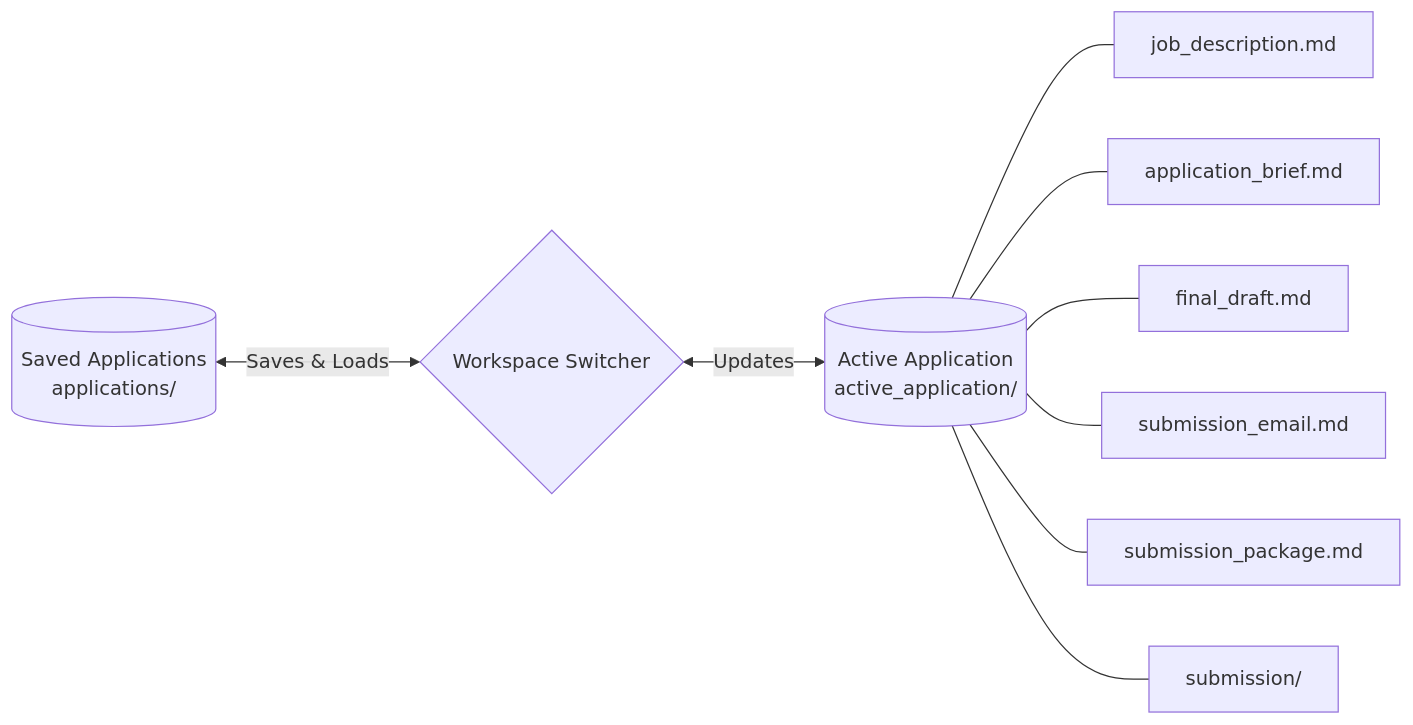
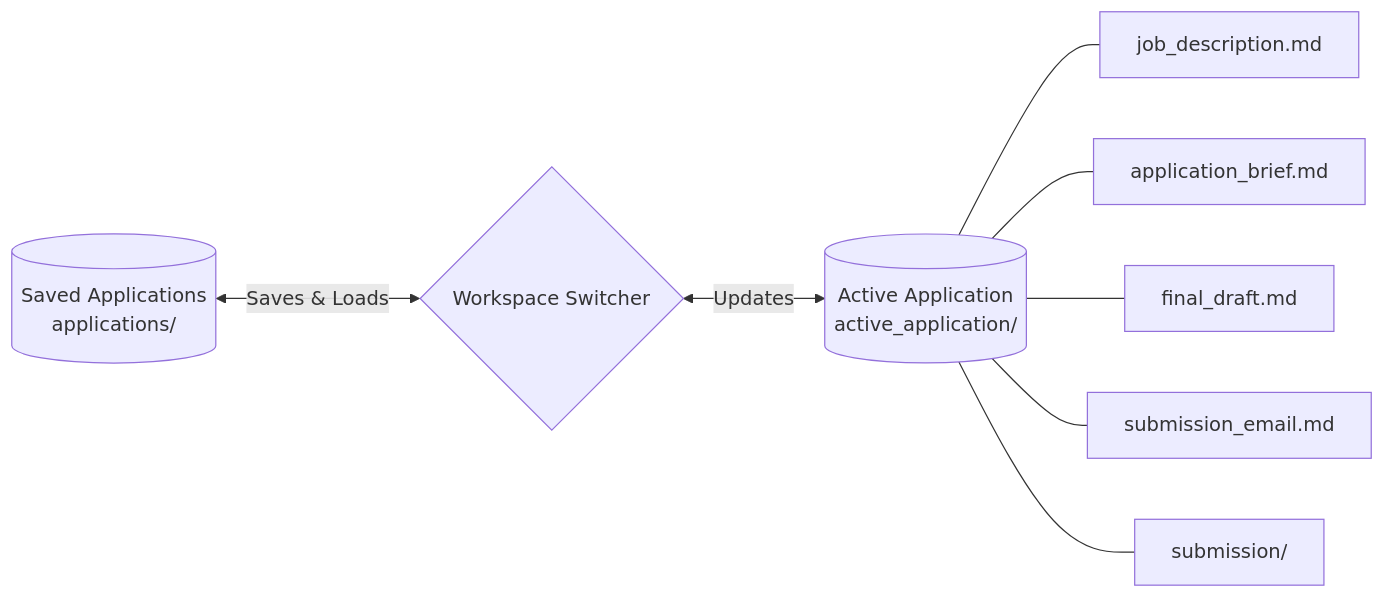
Before and after one commit to Fandy-ust/cover-letter-assistant: the second of 2 diagrams in README.md, drawn with Mermaid. The commit also changed other lines of this file and 5 other files, not shown here.

````diff
--- a/README.md
+++ b/README.md
@@ -115,12 +114,11 @@
 ```mermaid
 flowchart LR
     Saved[("Saved Applications<br>applications/")] <-->|"Saves & Loads"| Switcher{Workspace Switcher}
     Switcher <-->|"Updates"| Active[("Active Application<br>active_application/")]
     
     Active --- JD[job_description.md]
     Active --- Brief[application_brief.md]
     Active --- Draft[final_draft.md]
     Active --- EmailDraft[submission_email.md]
-    Active --- Package[submission_package.md]
     Active --- SubmissionDir[submission/]
 ```
````
